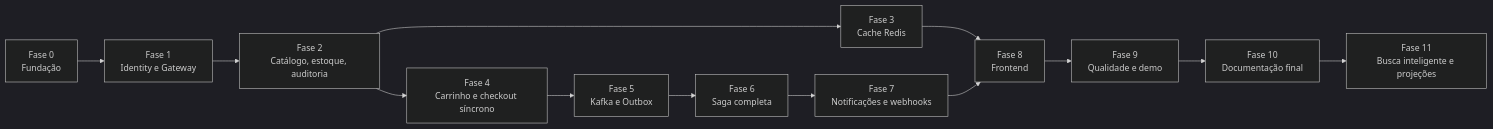
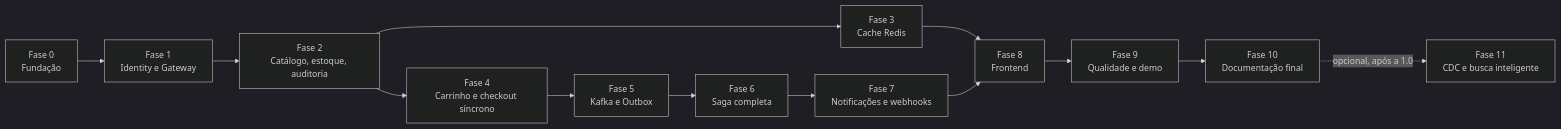
The diagram in docs/IMPLEMENTATION.md (Matheuscrz/ShopFlow), drawn with Mermaid (dark theme) before and after one commit. The commit also changed other lines of this file and 3 other files, not shown here.

````diff
--- a/docs/IMPLEMENTATION.md
+++ b/docs/IMPLEMENTATION.md
@@ -7,15 +7,15 @@
 ```mermaid
 flowchart LR
     F0["Fase 0<br/>Fundação"] --> F1["Fase 1<br/>Identity e Gateway"]
     F1 --> F2["Fase 2<br/>Catálogo, estoque, auditoria"]
     F2 --> F3["Fase 3<br/>Cache Redis"]
     F2 --> F4["Fase 4<br/>Carrinho e checkout síncrono"]
     F4 --> F5["Fase 5<br/>Kafka e Outbox"]
     F5 --> F6["Fase 6<br/>Saga completa"]
     F6 --> F7["Fase 7<br/>Notificações e webhooks"]
     F3 --> F8["Fase 8<br/>Frontend"]
     F7 --> F8
     F8 --> F9["Fase 9<br/>Qualidade e demo"]
     F9 --> F10["Fase 10<br/>Documentação final"]
-    F10 --> F11["Fase 11<br/>Busca inteligente e projeções"]
+    F10 -.->|"opcional, após a 1.0"| F11["Fase 11<br/>CDC e busca inteligente"]
 ```
````
